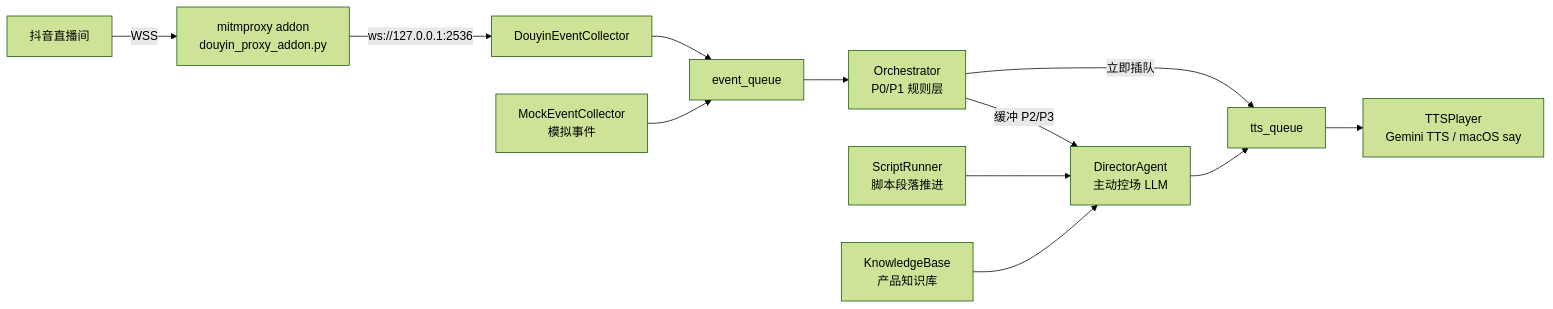
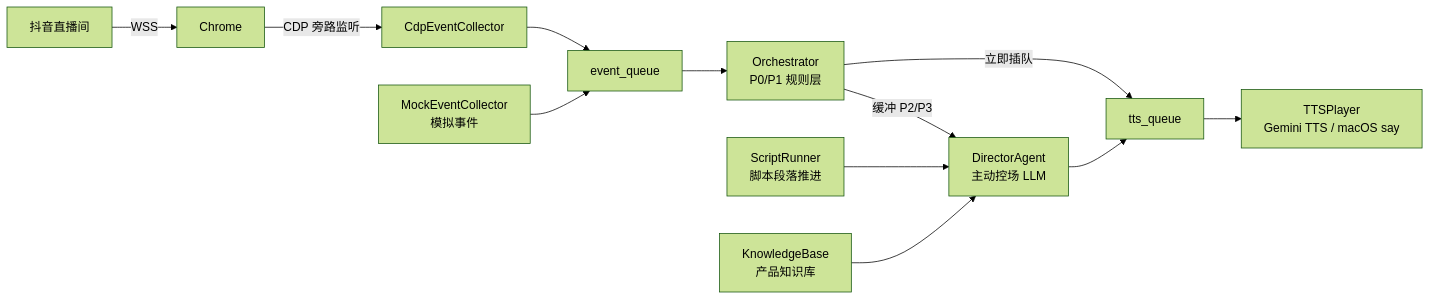
Before and after one commit to oNo500/vision: the diagram in src/live/README.md, drawn with Mermaid (forest theme). The commit also changed other lines of this file and 1 other file, not shown here.

Commit message:
feat: replace --douyin flag with --cdp-url, update paths and README

````diff
--- a/src/live/README.md
+++ b/src/live/README.md
@@ -7,16 +7,16 @@
 ```mermaid
 graph LR
-    DY[抖音直播间] -->|WSS| MP[mitmproxy addon\ndouyin_proxy_addon.py]
-    MP -->|ws://127.0.0.1:2536| DC[DouyinEventCollector]
+    DY[抖音直播间] -->|WSS| CH[Chrome]
+    CH -->|CDP 旁路监听| CDP[CdpEventCollector]
     MOCK[MockEventCollector\n模拟事件] --> EQ
 
-    DC --> EQ[event_queue]
+    CDP --> EQ[event_queue]
     EQ --> OC[Orchestrator\nP0/P1 规则层]
     OC -->|立即插队| TQ[tts_queue]
 
     SR[ScriptRunner\n脚本段落推进] --> DA
     OC -->|缓冲 P2/P3| DA[DirectorAgent\n主动控场 LLM]
     KB[KnowledgeBase\n产品知识库] --> DA
     DA --> TQ
     TQ --> TTS[TTSPlayer\nGemini TTS / macOS say]
 ```
````
